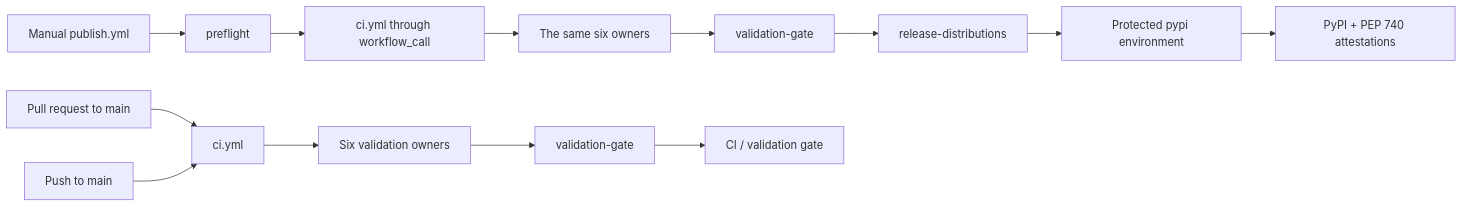
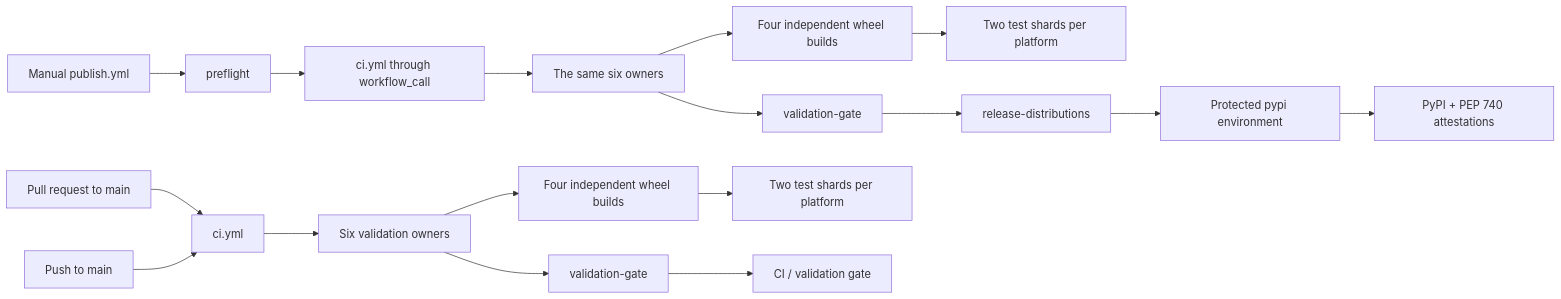
The diagram in docs/project/ci-cd.md (bgallan/schema-sanitizer), drawn with Mermaid before and after one commit. The commit also changed other lines of this file and 19 other files, not shown here.

Commit message:
parallelize native builds and shard platform tests

````diff
--- a/docs/project/ci-cd.md
+++ b/docs/project/ci-cd.md
@@ -27,17 +27,21 @@
 ```mermaid
 flowchart LR
     PR[Pull request to main] --> CI[ci.yml]
     MAIN[Push to main] --> CI
     MANUAL[Manual publish.yml] --> PREFLIGHT[preflight]
     PREFLIGHT --> REUSE[ci.yml through workflow_call]
 
     CI --> OWNERS[Six validation owners]
     REUSE --> OWNERS2[The same six owners]
+    OWNERS --> BUILDS[Four independent wheel builds]
+    OWNERS2 --> BUILDS2[Four independent wheel builds]
+    BUILDS --> SHARDS[Two test shards per platform]
+    BUILDS2 --> SHARDS2[Two test shards per platform]
     OWNERS --> GATE[validation-gate]
     OWNERS2 --> GATE2[validation-gate]
 
     GATE --> CHECK[CI / validation gate]
     GATE2 --> ARTIFACT[release-distributions]
     ARTIFACT --> ENV[Protected pypi environment]
     ENV --> PYPI[PyPI + PEP 740 attestations]
 ```
````
